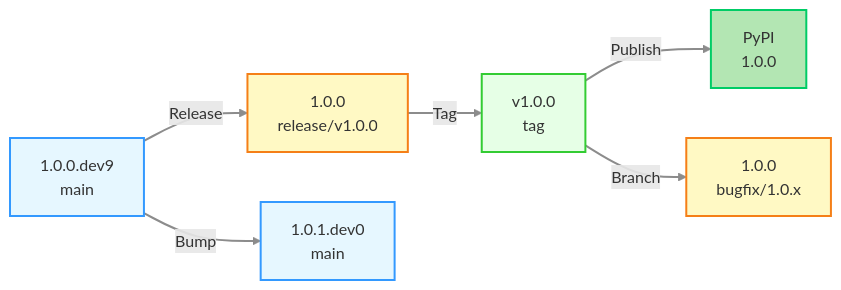
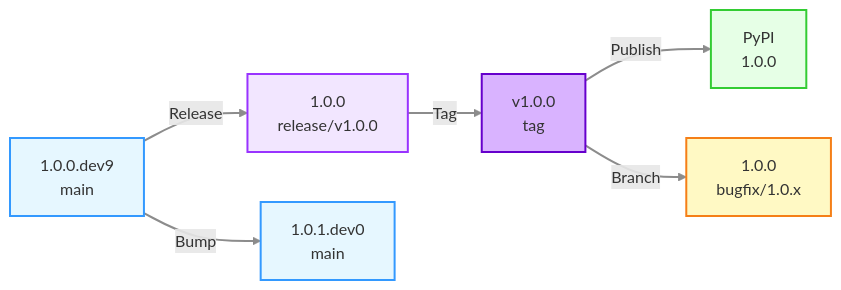
One commit to minouris/spafw37 changed the tenth of 18 diagrams in .github/RELEASE_PROCESS.md. Above: the diagram before and after it, drawn with Mermaid. The commit also changed other lines of this file, not shown here.

Commit message:
Updated documentation for release workflows

````diff
--- a/.github/RELEASE_PROCESS.md
+++ b/.github/RELEASE_PROCESS.md
@@ -399,22 +902,22 @@
 ```mermaid
 graph LR
     A[1.0.0.dev9<br/>main] -->|Release| B[1.0.0<br/>release/v1.0.0]
     B -->|Tag| C[v1.0.0<br/>tag]
     C -->|Publish| D[PyPI<br/>1.0.0]
     C -->|Branch| E[1.0.0<br/>bugfix/1.0.x]
     A -->|Bump| F[1.0.1.dev0<br/>main]
     
     classDef devStyle fill:#e6f7ff,stroke:#3399ff,stroke-width:2px,color:#333
-    classDef releaseStyle fill:#fff9c4,stroke:#f57f17,stroke-width:2px,color:#333
-    classDef tagStyle fill:#e6ffe6,stroke:#33cc33,stroke-width:2px,color:#333
-    classDef publishStyle fill:#b3e6b3,stroke:#00cc66,stroke-width:2px,color:#333
+    classDef releaseStyle fill:#f2e6ff,stroke:#9933ff,stroke-width:2px,color:#333
+    classDef tagStyle fill:#d9b3ff,stroke:#6600cc,stroke-width:2px,color:#333
+    classDef publishStyle fill:#e6ffe6,stroke:#33cc33,stroke-width:2px,color:#333
     classDef bugfixStyle fill:#fff9c4,stroke:#f57f17,stroke-width:2px,color:#333
     
     class A,F devStyle
     class B releaseStyle
     class C tagStyle
     class D publishStyle
     class E bugfixStyle
     
     linkStyle default stroke:#8c8c8c,stroke-width:2px
 ```
````
